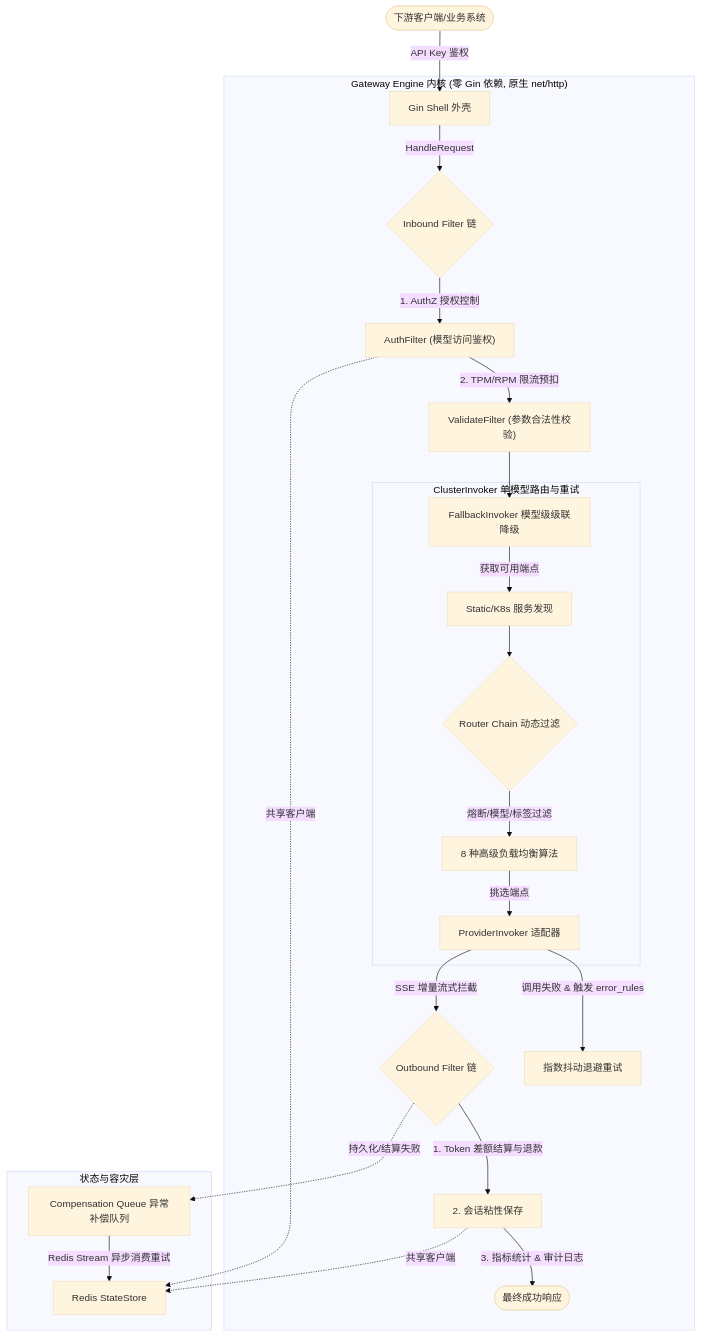
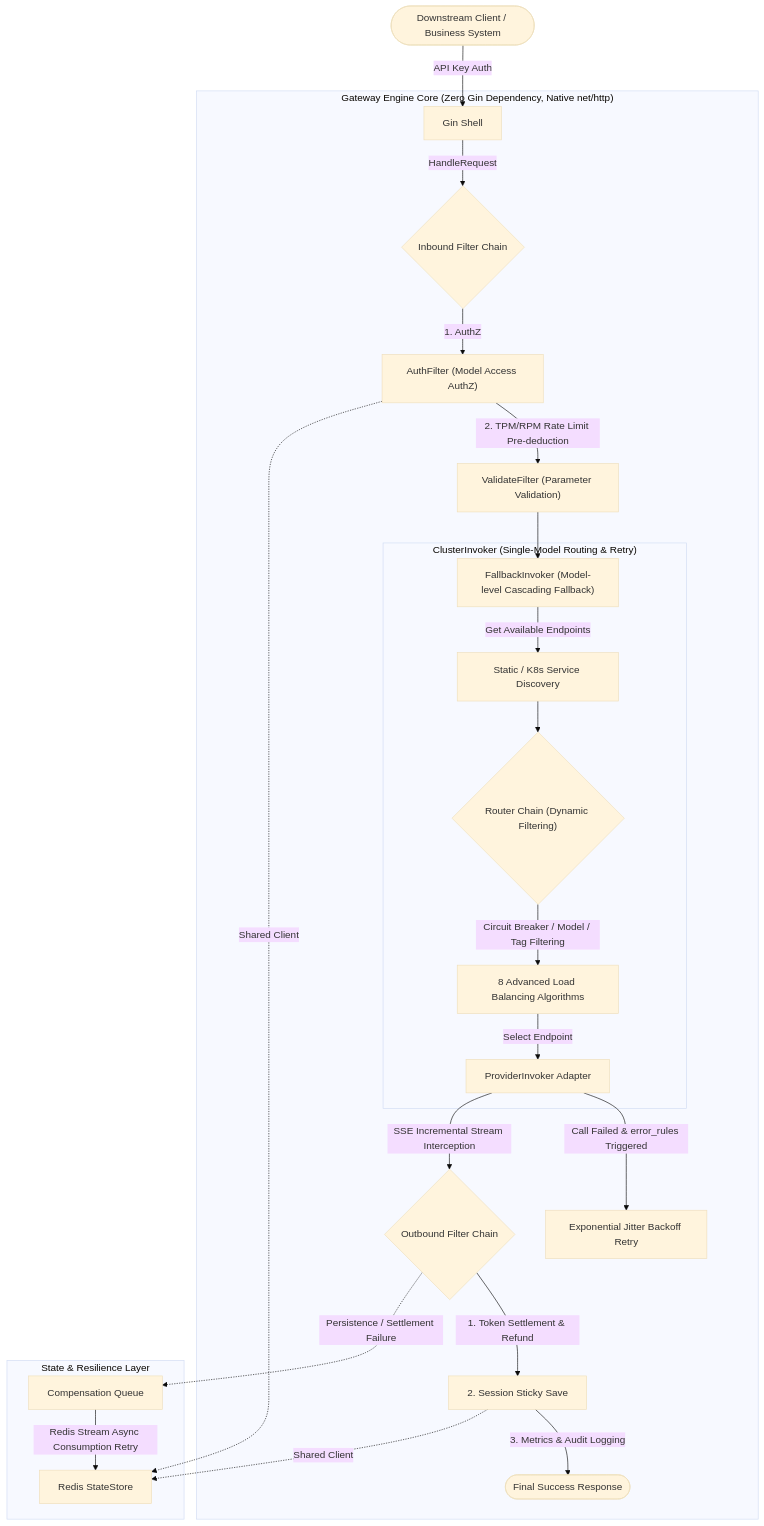
One commit to tokenlive/.github changed the diagram in profile/README.md. Above: the diagram before and after it, drawn with Mermaid (base theme). The commit also changed other lines of this file, not shown here.

````diff
--- a/profile/README.md
+++ b/profile/README.md
@@ -17,31 +17,31 @@
 ```mermaid
 graph TD
-    User(["下游客户端/业务系统"]) -->|API Key 鉴权| GinShell["Gin Shell 外壳"]
-    
-    subgraph GatewayEngine ["Gateway Engine 内核 (零 Gin 依赖, 原生 net/http)"]
-        GinShell -->|HandleRequest| InboundChain{"Inbound Filter 链"}
-        InboundChain -->|1. AuthZ 授权控制| LimitFilter["AuthFilter (模型访问鉴权)"]
-        LimitFilter -->|2. TPM/RPM 限流预扣| ValidateFilter["ValidateFilter (参数合法性校验)"]
-        
-        ValidateFilter --> FallbackInvoker["FallbackInvoker 模型级级联降级"]
-        
-        subgraph ClusterInvoker ["ClusterInvoker 单模型路由与重试"]
-            FallbackInvoker -->|获取可用端点| Discovery["Static/K8s 服务发现"]
-            Discovery --> RouterChain{"Router Chain 动态过滤"}
-            RouterChain -->|熔断/模型/标签过滤| LoadBalancer["8 种高级负载均衡算法"]
-            LoadBalancer -->|挑选端点| ProviderInvoker["ProviderInvoker 适配器"]
-        end
-        
-        ProviderInvoker -->|调用失败 & 触发 error_rules| AttemptRetry["指数抖动退避重试"]
-        ProviderInvoker -->|SSE 增量流式拦截| OutboundChain{"Outbound Filter 链"}
-        
-        OutboundChain -->|1. Token 差额结算与退款| StickySave["2. 会话粘性保存"]
-        StickySave -->|3. 指标统计 & 审计日志| Done(["最终成功响应"])
-    end
+ User(["Downstream Client / Business System"]) -->|API Key Auth| GinShell["Gin Shell"]
 
-    subgraph StateLayer ["状态与容灾层"]
-        LimitFilter & StickySave -.->|共享客户端| RedisState["Redis StateStore"]
-        OutboundChain -.->|持久化/结算失败| CompQueue["Compensation Queue 异常补偿队列"]
-        CompQueue -->|Redis Stream 异步消费重试| RedisState
-    end
+ subgraph GatewayEngine ["Gateway Engine Core (Zero Gin Dependency, Native net/http)"]
+ GinShell -->|HandleRequest| InboundChain{"Inbound Filter Chain"}
+ InboundChain -->|1. AuthZ| LimitFilter["AuthFilter (Model Access AuthZ)"]
+ LimitFilter -->|2. TPM/RPM Rate Limit Pre-deduction| ValidateFilter["ValidateFilter (Parameter Validation)"]
+
+ ValidateFilter --> FallbackInvoker["FallbackInvoker (Model-level Cascading Fallback)"]
+
+ subgraph ClusterInvoker ["ClusterInvoker (Single-Model Routing & Retry)"]
+ FallbackInvoker -->|Get Available Endpoints| Discovery["Static / K8s Service Discovery"]
+ Discovery --> RouterChain{"Router Chain (Dynamic Filtering)"}
+ RouterChain -->|Circuit Breaker / Model / Tag Filtering| LoadBalancer["8 Advanced Load Balancing Algorithms"]
+ LoadBalancer -->|Select Endpoint| ProviderInvoker["ProviderInvoker Adapter"]
+ end
+
+ ProviderInvoker -->|Call Failed & error_rules Triggered| AttemptRetry["Exponential Jitter Backoff Retry"]
+ ProviderInvoker -->|SSE Incremental Stream Interception| OutboundChain{"Outbound Filter Chain"}
+
+ OutboundChain -->|1. Token Settlement & Refund| StickySave["2. Session Sticky Save"]
+ StickySave -->|3. Metrics & Audit Logging| Done(["Final Success Response"])
+ end
+
+ subgraph StateLayer ["State & Resilience Layer"]
+ LimitFilter & StickySave -.->|Shared Client| RedisState["Redis StateStore"]
+ OutboundChain -.->|Persistence / Settlement Failure| CompQueue["Compensation Queue"]
+ CompQueue -->|Redis Stream Async Consumption Retry| RedisState
+ end
 ```
````
